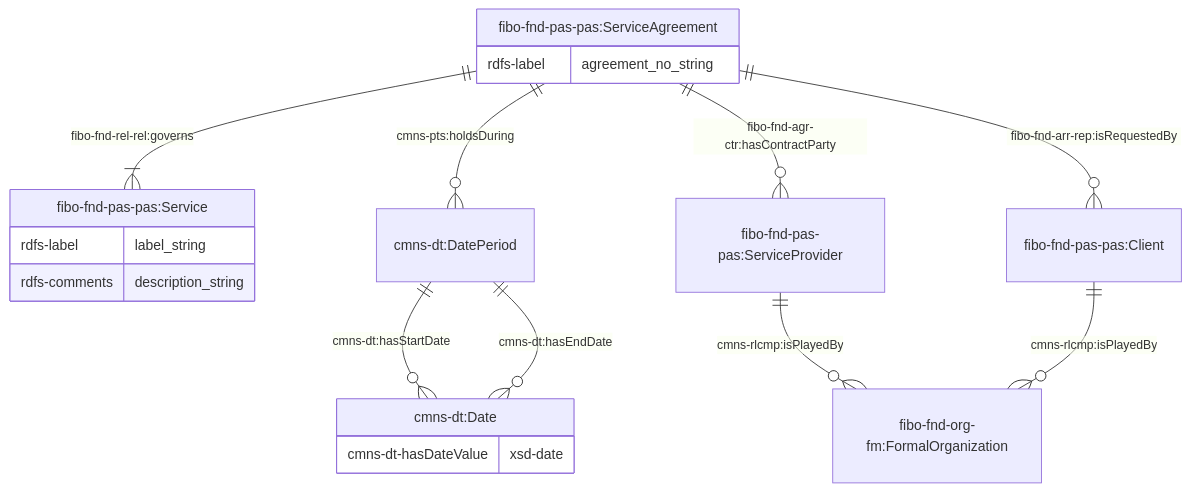
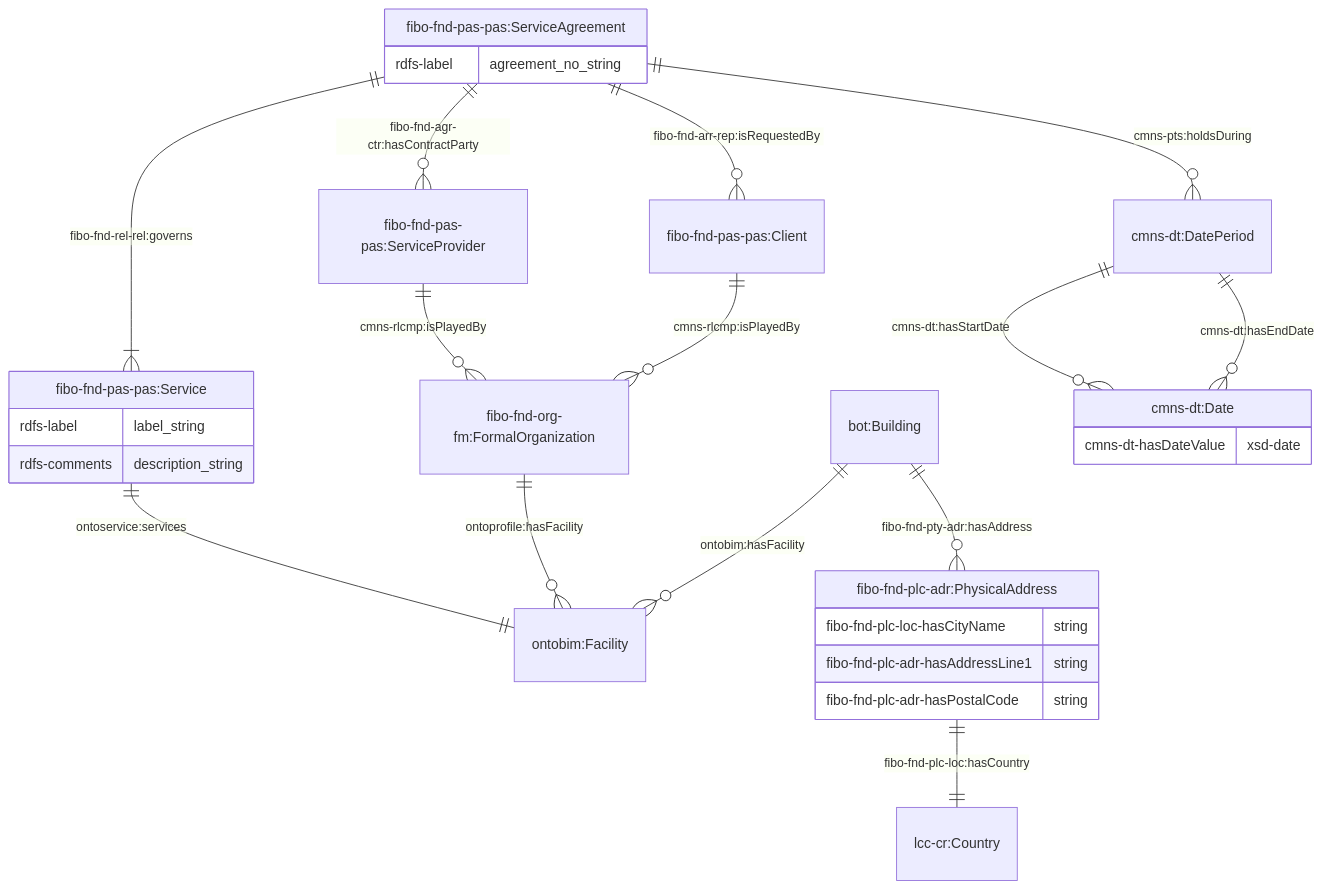
The first of 5 diagrams in JPS_Ontology/ontology/ontoservice/README.md (cambridge-cares/TheWorldAvatar), drawn with Mermaid before and after one commit. The commit also changed other lines of this file and 2 other files, not shown here.

Commit message:
dev_ontoservice: Update services property to target domain of Service instead of the commitment

````diff
--- a/JPS_Ontology/ontology/ontoservice/README.md
+++ b/JPS_Ontology/ontology/ontoservice/README.md
@@ -50,24 +52,35 @@
 ```mermaid
     erDiagram
     "fibo-fnd-pas-pas:ServiceAgreement" {
         rdfs-label agreement_no_string
     }
     "fibo-fnd-pas-pas:ServiceAgreement" ||--|{ "fibo-fnd-pas-pas:Service" : "fibo-fnd-rel-rel:governs"
     "fibo-fnd-pas-pas:Service" {
         rdfs-label label_string
         rdfs-comments description_string
+    }
+    "fibo-fnd-pas-pas:Service" ||--|| "ontobim:Facility" : "ontoservice:services"
+    "fibo-fnd-org-fm:FormalOrganization" ||--o{ "ontobim:Facility" : "ontoprofile:hasFacility "
+
+    "bot:Building" ||--o{ "ontobim:Facility" : "ontobim:hasFacility "
+    "bot:Building" ||--o{ "fibo-fnd-plc-adr:PhysicalAddress" : "fibo-fnd-pty-adr:hasAddress"
+    "fibo-fnd-plc-adr:PhysicalAddress" ||--|| "lcc-cr:Country" : "fibo-fnd-plc-loc:hasCountry"
+    "fibo-fnd-plc-adr:PhysicalAddress" {
+        fibo-fnd-plc-loc-hasCityName string
+        fibo-fnd-plc-adr-hasAddressLine1 string
+        fibo-fnd-plc-adr-hasPostalCode string
     }
 
     "fibo-fnd-pas-pas:ServiceAgreement" ||--o{ "cmns-dt:DatePeriod" : "cmns-pts:holdsDuring"
     "cmns-dt:DatePeriod" ||--o{ "cmns-dt:Date" : "cmns-dt:hasStartDate"
     "cmns-dt:DatePeriod" ||--o{ "cmns-dt:Date" : "cmns-dt:hasEndDate"
     "cmns-dt:Date" {
         cmns-dt-hasDateValue xsd-date
     }
 
     "fibo-fnd-pas-pas:ServiceAgreement" ||--o{ "fibo-fnd-pas-pas:Client" : "fibo-fnd-arr-rep:isRequestedBy"
     "fibo-fnd-pas-pas:ServiceAgreement" ||--o{ "fibo-fnd-pas-pas:ServiceProvider" : "fibo-fnd-agr-ctr:hasContractParty"
 
     "fibo-fnd-pas-pas:ServiceProvider" ||--o{ "fibo-fnd-org-fm:FormalOrganization"  : "cmns-rlcmp:isPlayedBy"
     "fibo-fnd-pas-pas:Client" ||--o{ "fibo-fnd-org-fm:FormalOrganization"  : "cmns-rlcmp:isPlayedBy"
 ```
````
